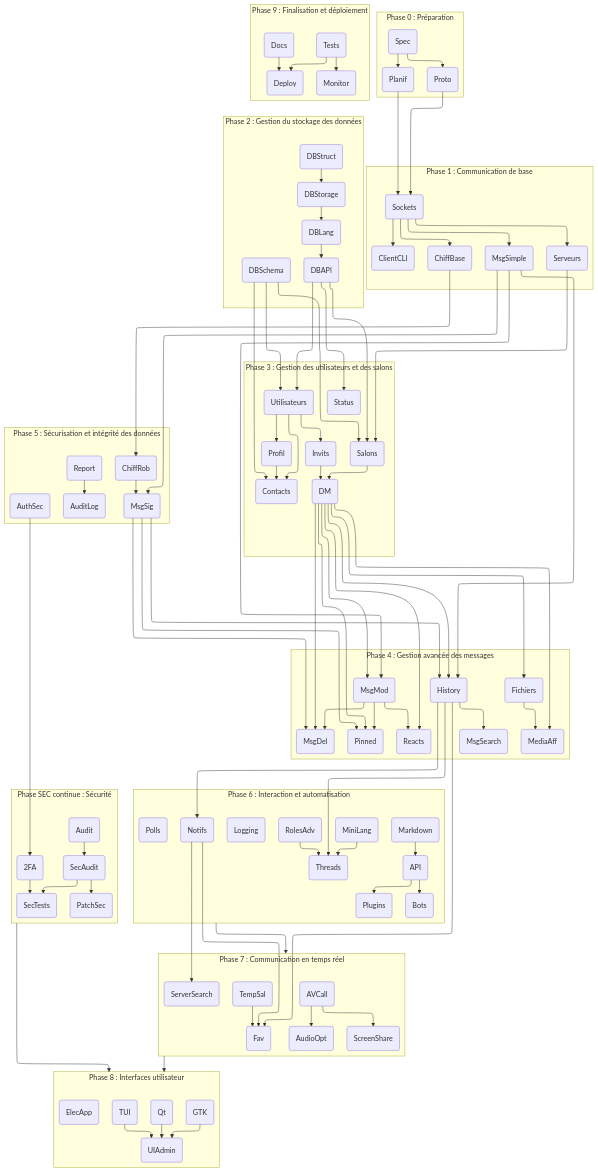
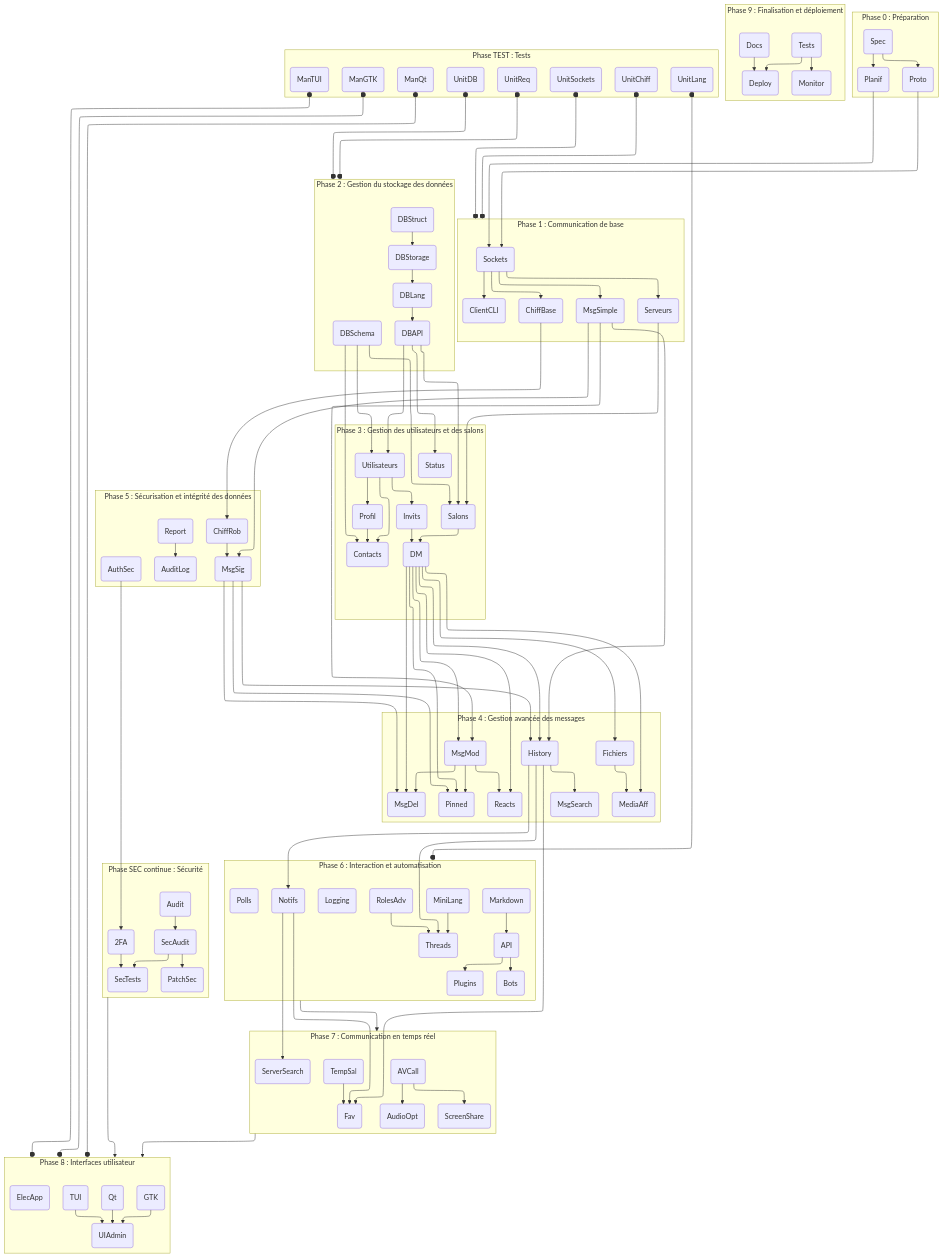
Before and after one commit to Skylord65/Diskorde-messagerie: the diagram in PLAN.md, drawn with Mermaid. The commit also changed other lines of this file and 5 other files, not shown here.

Commit message:
docs(PLAN.md) : Ajout de la phase de tests; refactor(src, docs, tests) : Ajout des dossiers de packages et de code

````diff
--- a/PLAN.md
+++ b/PLAN.md
@@ -197,6 +207,17 @@
   SEC_4(SecTests)
 end
 
+subgraph TEST["Phase TEST : Tests"]
+  TEST_0(UnitSockets)
+  TEST_1(UnitChiff)
+  TEST_2(UnitDB)
+  TEST_3(UnitReq)
+  TEST_4(UnitLang)
+  TEST_5(ManGTK)
+  TEST_6(ManQt)
+  TEST_7(ManTUI)
+end
+
 T0_0 --> T0_1
 T0_0 --> T0_2
 T0_1 --> T1_0
@@ -269,4 +290,12 @@
 SEC --> P8
 P6 --> P7
 P7 --> P8
+TEST_0 o--o P1
+TEST_1 o--o P1
+TEST_2 o--o P2
+TEST_3 o--o P2
+TEST_4 o--o P6
+TEST_5 o--o P8
+TEST_6 o--o P8
+TEST_7 o--o P8
 ```
````
